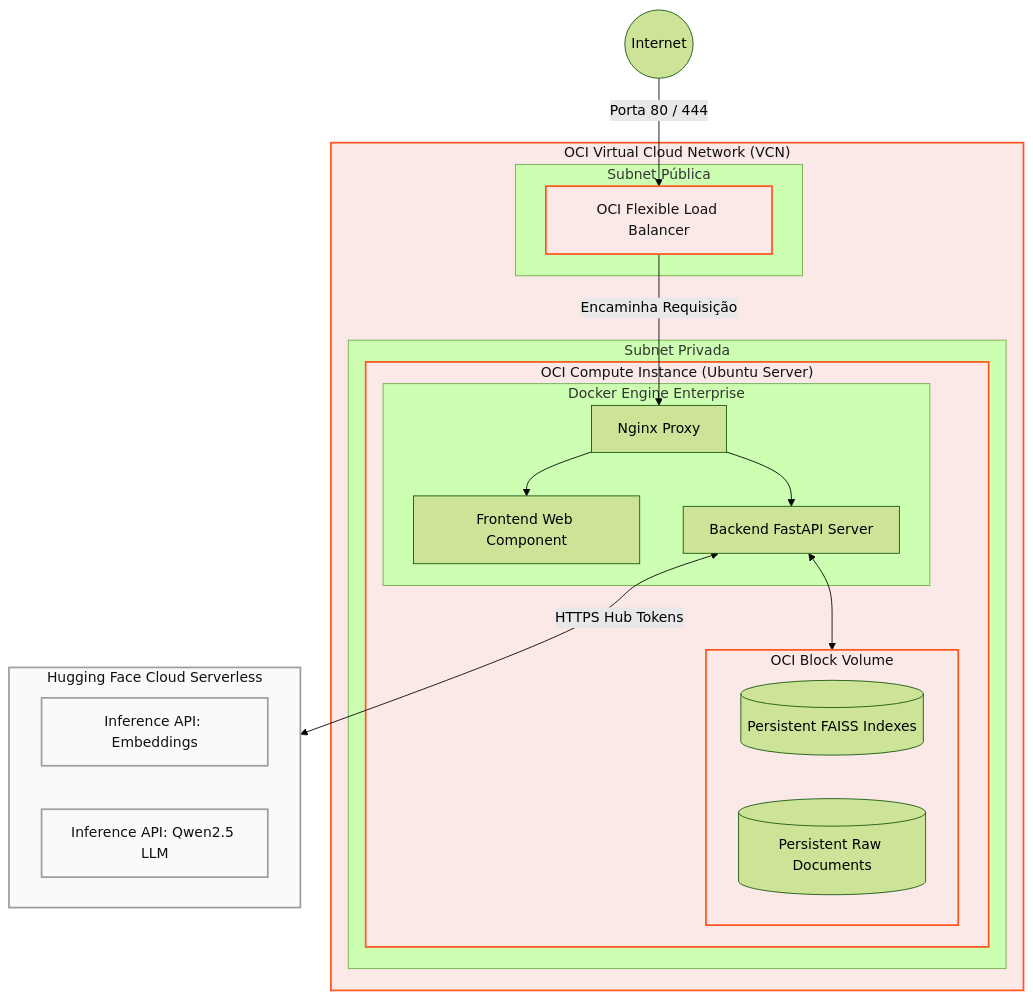
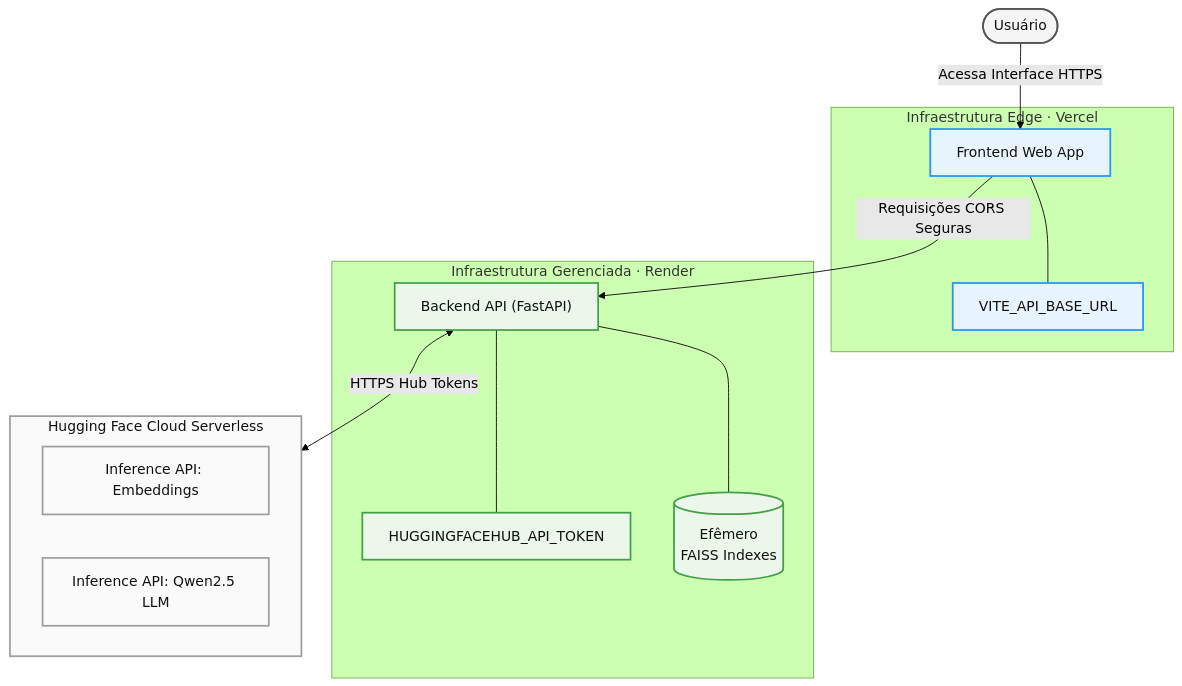
The second of 2 diagrams in docs/ARCHITECTURE.md (rubensrabelo/challenge-one-alura-agente), drawn with Mermaid (forest theme) before and after one commit. The commit also changed other lines of this file, not shown here.

Commit message:
docs: realign architecture file cloud topology to match vercel and render multicloud mesh

````diff
--- a/docs/ARCHITECTURE.md
+++ b/docs/ARCHITECTURE.md
@@ -100,43 +100,38 @@
 ```mermaid
 flowchart TD
-    Internet((Internet)) -->|Porta 80 / 444| SLB["OCI Flexible Load Balancer"]
+    U([Usuário])
     
-    subgraph VCN["OCI Virtual Cloud Network (VCN)"]
-        subgraph PubSub["Subnet Pública"]
-            SLB
-        end
+    subgraph VC["Infraestrutura Edge · Vercel"]
+        VF["Frontend Web App"]
+        V_ENV["VITE_API_BASE_URL"]
+        VF --- V_ENV
+    end
+
+    subgraph RD["Infraestrutura Gerenciada · Render"]
+        RB["Backend API (FastAPI)"]
+        R_ENV["HUGGINGFACEHUB_API_TOKEN"]
+        R_VOL[("Efêmero<br/>FAISS Indexes")]
         
-        subgraph PrivSub["Subnet Privada"]
-            subgraph Compute["OCI Compute Instance (Ubuntu Server)"]
-                subgraph Docker["Docker Engine Enterprise"]
-                    R_PROXY["Nginx Proxy"]
-                    F_WEB["Frontend Web Component"]
-                    B_API["Backend FastAPI Server"]
-                    
-                    R_PROXY --> F_WEB
-                    R_PROXY --> B_API
-                end
-                
-                subgraph Block["OCI Block Volume"]
-                    V_FAISS[("Persistent FAISS Indexes")]
-                    V_STORE[("Persistent Raw Documents")]
-                end
-                
-                B_API <--> Block
-            end
-        end
+        RB --- R_ENV
+        RB --- R_VOL
     end
-    
+
     subgraph HF["Hugging Face Cloud Serverless"]
         API_E["Inference API: Embeddings"]
         API_L["Inference API: Qwen2.5 LLM"]
     end
-    
-    SLB -->|Encaminha Requisição| R_PROXY
-    B_API <-->|HTTPS Hub Tokens| HF
-    
-    classDef oci fill:#fbe9e7,stroke:#ff5722,stroke-width:2px,color:#111
-    classDef cloud fill:#fafafa,stroke:#9e9e9e,stroke-width:2px,color:#111
-    class SLB,VCN,Compute,Block oci
-    class HF,API_E,API_L cloud
+
+    U -->|Acessa Interface HTTPS| VF
+    VF -->|Requisições CORS Seguras| RB
+    RB <-->|HTTPS Hub Tokens| HF
+
+    classDef cloud_f fill:#e8f4fd,stroke:#2196f3,stroke-width:2px,color:#111
+    classDef cloud_b fill:#eaf7ea,stroke:#43a047,stroke-width:2px,color:#111
+    classDef cloud_ai fill:#fafafa,stroke:#9e9e9e,stroke-width:2px,color:#111
+    classDef user fill:#f5f5f5,stroke:#555,stroke-width:2px,color:#111
+
+    class U user
+    class VF,V_ENV cloud_f
+    class RB,R_ENV,R_VOL cloud_b
+    class HF,API_E,API_L cloud_ai
 ```
````
